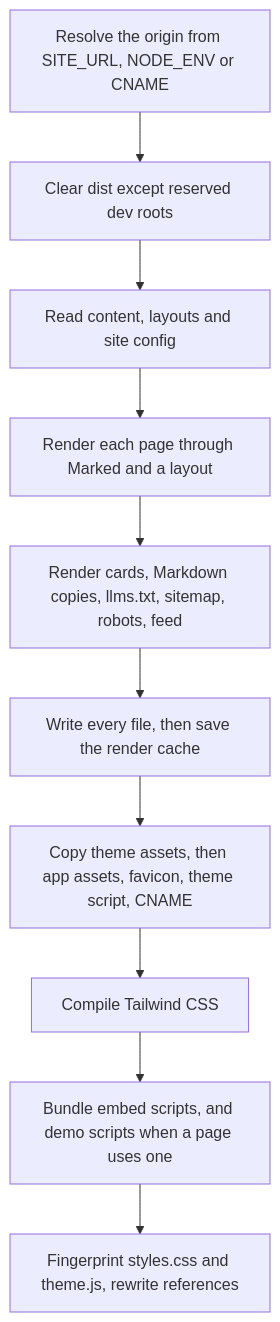
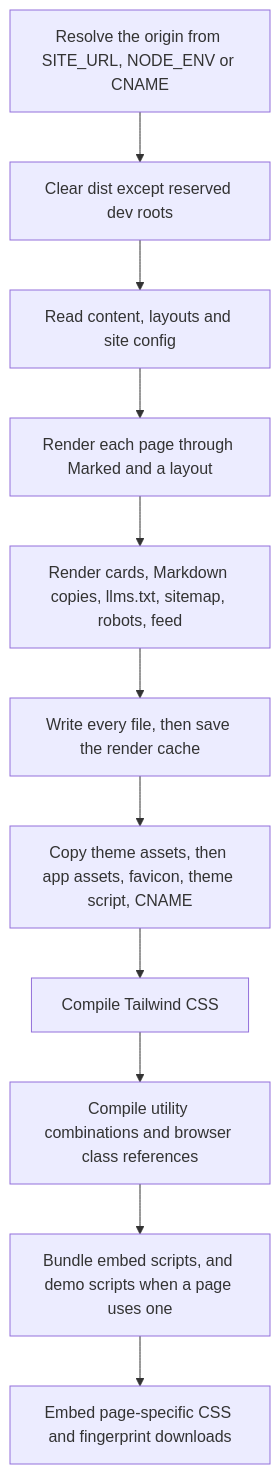
One commit to pulkitxm/pulkit.page changed the second of 4 diagrams in docs/architecture.md. Above: the diagram before and after it, drawn with Mermaid. The commit also changed other lines of this file and 14 other files, not shown here.

Commit message:
Compile production utility classes and browser styles

````diff
--- a/docs/architecture.md
+++ b/docs/architecture.md
@@ -73,12 +73,13 @@
 ```mermaid
 flowchart TD
   origin[Resolve the origin from SITE_URL, NODE_ENV or CNAME] --> clear[Clear dist except reserved dev roots]
   clear --> inventory[Read content, layouts and site config]
   inventory --> render[Render each page through Marked and a layout]
   render --> outputs[Render cards, Markdown copies, llms.txt, sitemap, robots, feed]
   outputs --> write[Write every file, then save the render cache]
   write --> assets[Copy theme assets, then app assets, favicon, theme script, CNAME]
   assets --> styles[Compile Tailwind CSS]
-  styles --> bundles[Bundle embed scripts, and demo scripts when a page uses one]
-  bundles --> fingerprint[Fingerprint styles.css and theme.js, rewrite references]
+  styles --> compose[Compile utility combinations and browser class references]
+  compose --> bundles[Bundle embed scripts, and demo scripts when a page uses one]
+  bundles --> fingerprint[Embed page-specific CSS and fingerprint downloads]
 ```
````
